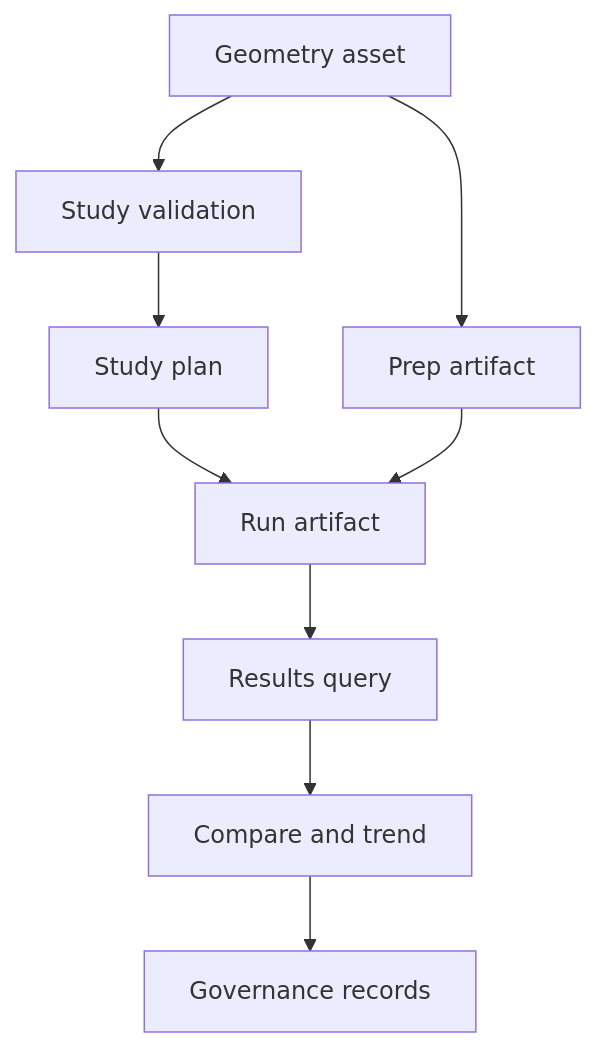
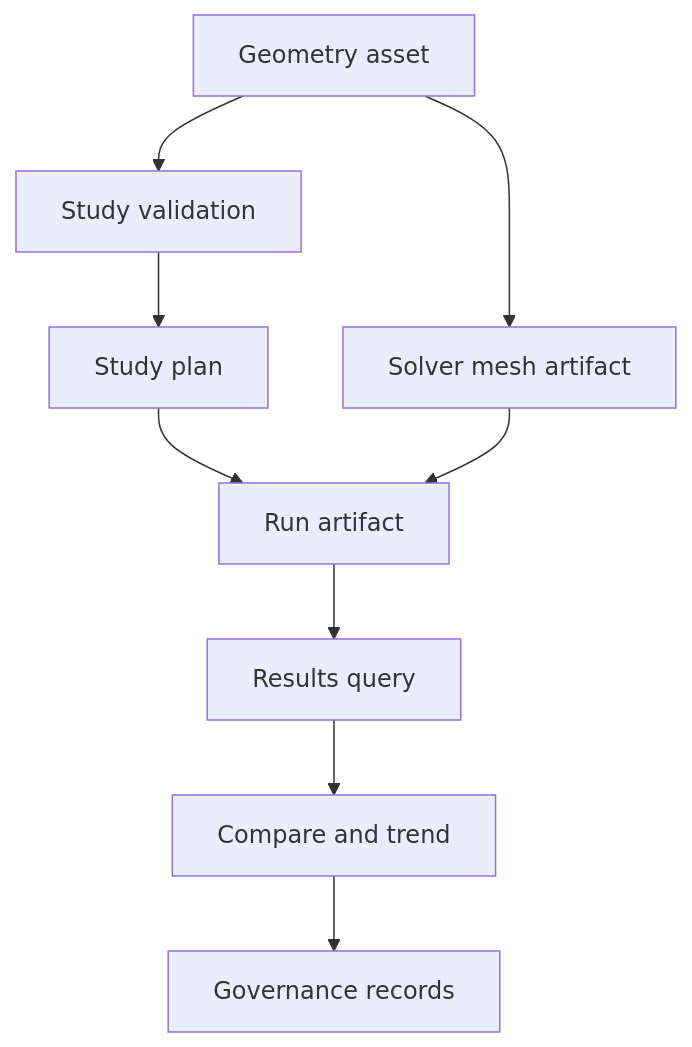
The diagram in docs/fea/evidence.md (runmat-org/runmat), drawn with Mermaid before and after one commit. The commit also changed other lines of this file and 68 other files, not shown here.

````diff
--- a/docs/fea/evidence.md
+++ b/docs/fea/evidence.md
@@ -7,15 +7,15 @@
 ```mermaid
 flowchart TD
   Geometry["Geometry asset"]
-  Prep["Prep artifact"]
+  Mesh["Solver mesh artifact"]
   Validate["Study validation"]
   Plan["Study plan"]
   Run["Run artifact"]
   Query["Results query"]
   Compare["Compare and trend"]
   Governance["Governance records"]
 
-  Geometry --> Prep
+  Geometry --> Mesh
   Geometry --> Validate --> Plan --> Run --> Query --> Compare --> Governance
-  Prep --> Run
+  Mesh --> Run
 ```
````
